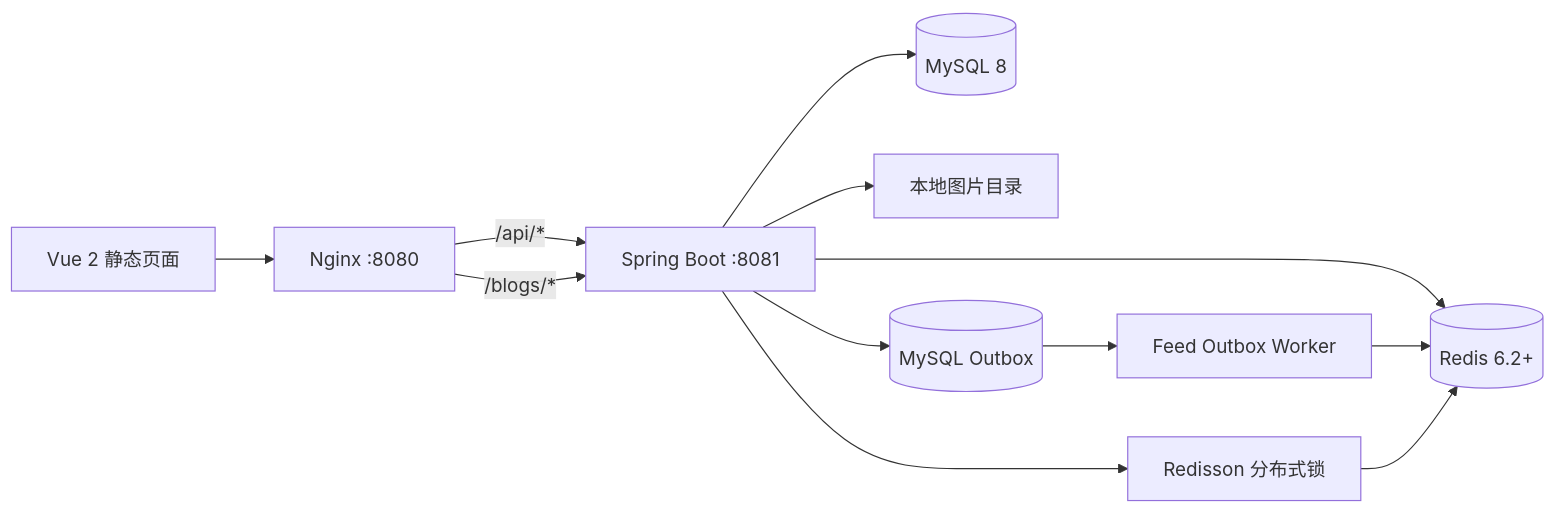
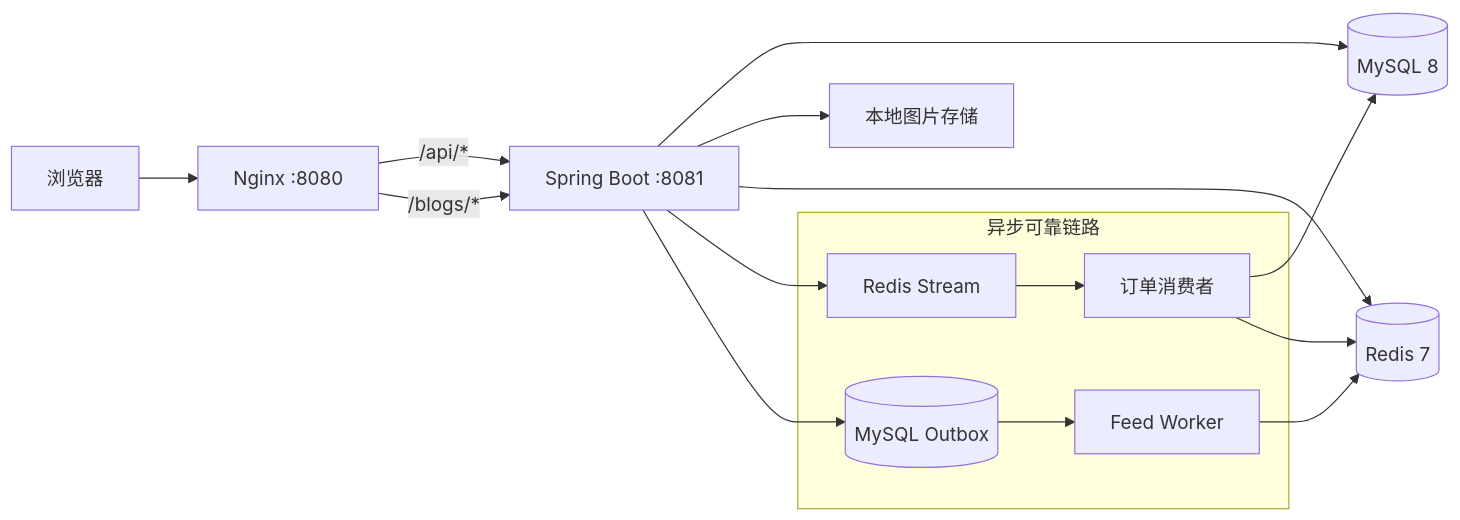
The first of 2 diagrams in README.md (mhn0207/CitySeek), drawn with Mermaid before and after one commit. The commit also changed other lines of this file and 17 other files, not shown here.

````diff
--- a/README.md
+++ b/README.md
@@ -22,14 +50,20 @@
 ```mermaid
 flowchart LR
-    Browser["Vue 2 静态页面"] --> Nginx["Nginx :8080"]
-    Nginx -->|"/api/*"| App["Spring Boot :8081"]
-    Nginx -->|"/blogs/*"| App
-    App --> MySQL[("MySQL 8")]
-    App --> Redis[("Redis 6.2+")]
-    App --> Uploads["本地图片目录"]
-    App --> Outbox[("MySQL Outbox")]
-    Outbox --> Worker["Feed Outbox Worker"]
-    Worker --> Redis
-    App --> Redisson["Redisson 分布式锁"]
-    Redisson --> Redis
+    U["浏览器"] --> N["Nginx :8080"]
+    N -->|"/api/*"| A["Spring Boot :8081"]
+    N -->|"/blogs/*"| A
+    A --> M[("MySQL 8")]
+    A --> R[("Redis 7")]
+    A --> F["本地图片存储"]
+
+    subgraph Async["异步可靠链路"]
+        S["Redis Stream"] --> C["订单消费者"]
+        O[("MySQL Outbox")] --> W["Feed Worker"]
+    end
+
+    A --> S
+    C --> M
+    C --> R
+    A --> O
+    W --> R
 ```
````
